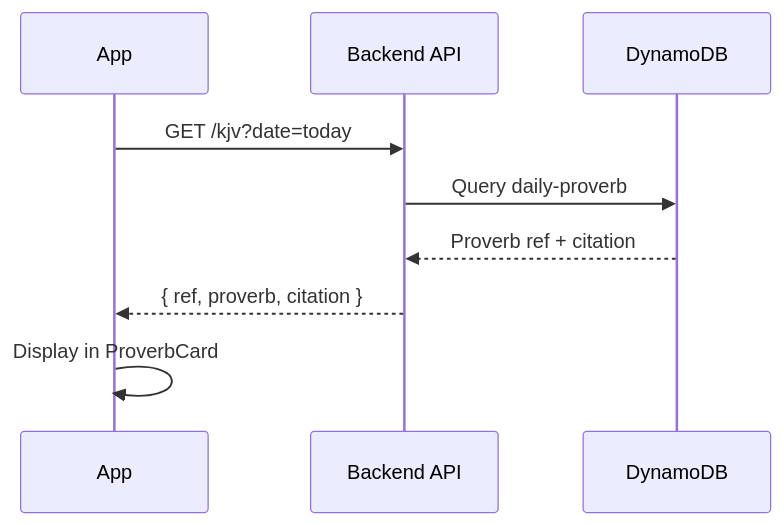
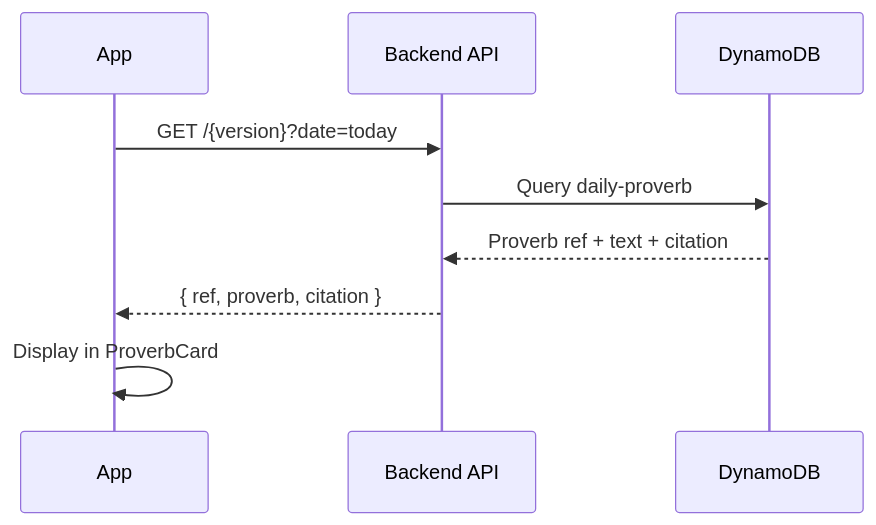
Before and after one commit to joshp93/LemuelApp: the first of 5 diagrams in README.md, drawn with Mermaid. The commit also changed other lines of this file and 47 other files, not shown here.

````diff
--- a/README.md
+++ b/README.md
@@ -18,12 +52,12 @@
 ```mermaid
 sequenceDiagram
     participant App
     participant API as Backend API
     participant DB as DynamoDB
 
-    App->>API: GET /kjv?date=today
+    App->>API: GET /{version}?date=today
     API->>DB: Query daily-proverb
-    DB-->>API: Proverb ref + citation
+    DB-->>API: Proverb ref + text + citation
     API-->>App: { ref, proverb, citation }
     App->>App: Display in ProverbCard
 ```
````
